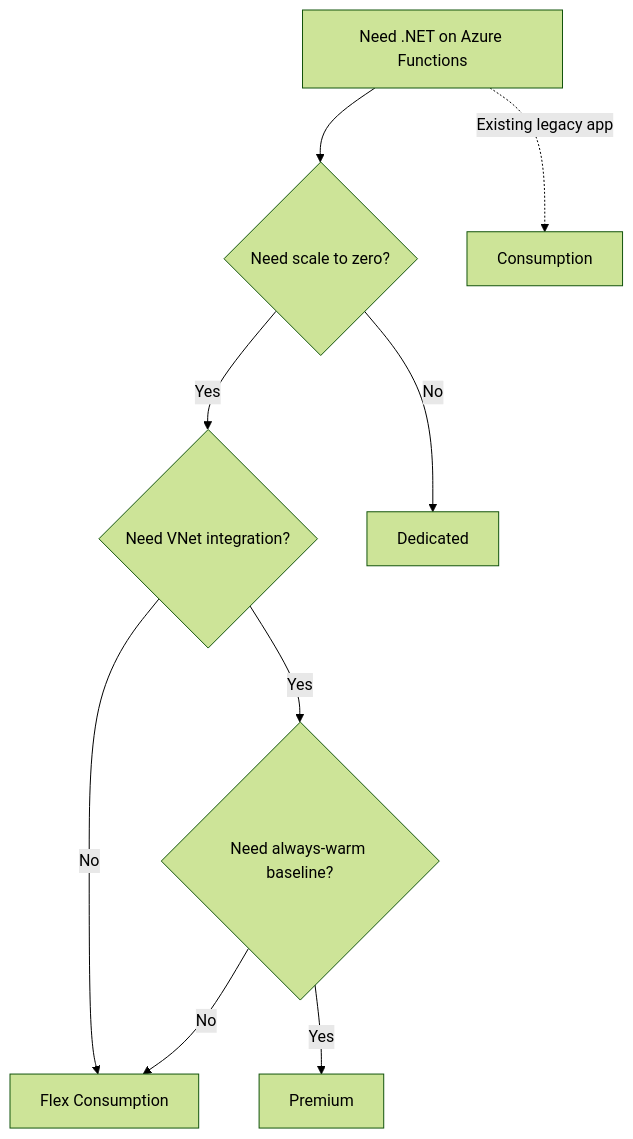
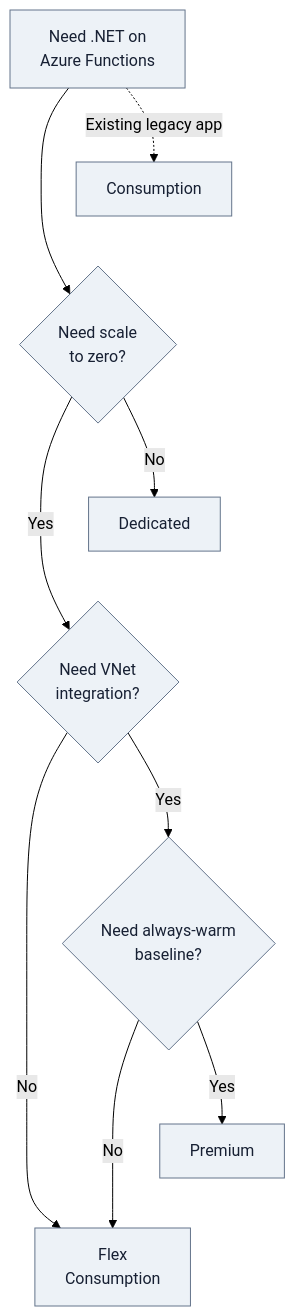
One commit to yeongseon/azure-functions-practical-guide changed the diagram in docs/language-guides/dotnet/tutorial/index.md. Above: the diagram before and after it, drawn with Mermaid (forest theme). The commit also changed other lines of this file and 1 other file, not shown here.

Commit message:
docs(diagrams): improve .NET plan selector readability
Preserve all labelled decisions and tutorial links while qualifying plan trade-offs.

Refs #306

````diff
--- a/docs/language-guides/dotnet/tutorial/index.md
+++ b/docs/language-guides/dotnet/tutorial/index.md
@@ -25,16 +26,25 @@
 ```mermaid
 flowchart TD
-    Start[Need .NET on Azure Functions] --> Q1{Need scale to zero?}
-    Q1 -->|Yes| Q2{Need VNet integration?}
+    accTitle: Choose a .NET tutorial hosting plan
+    accDescr: Illustrative tutorial-track recommendations, not exclusive plan capabilities or a strict scale-to-zero constraint. Start with the scale-to-zero preference, then the VNet and warm-baseline questions; retain the separate existing-legacy-app path. Read the trade-offs below before choosing a plan.
+    Start["Need .NET on<br/>Azure Functions"] --> Q1{"Need scale<br/>to zero?"}
+    Q1 -->|Yes| Q2{"Need VNet<br/>integration?"}
     Q1 -->|No| DEDI[Dedicated]
-    Q2 -->|No| FLEX[Flex Consumption]
+    Q2 -->|No| FLEX["Flex<br/>Consumption"]
     Start -.->|Existing legacy app| CONS[Consumption]
-    Q2 -->|Yes| Q3{Need always-warm baseline?}
+    Q2 -->|Yes| Q3{"Need always-warm<br/>baseline?"}
     Q3 -->|Yes| PREM[Premium]
     Q3 -->|No| FLEX
+
+    %% Layout-only links tier alternatives; they add no decisions or semantic arrows.
+    CONS ~~~ Q1
+    DEDI ~~~ Q2
+    PREM ~~~ FLEX
+    classDef neutral fill:#edf2f7,stroke:#64748b,color:#172033
+    class Start,Q1,Q2,Q3,DEDI,FLEX,CONS,PREM neutral
 
     click CONS "consumption/01-local-run/"
     click FLEX "flex-consumption/01-local-run/"
     click PREM "premium/01-local-run/"
     click DEDI "dedicated/01-local-run/"
 ```
````
